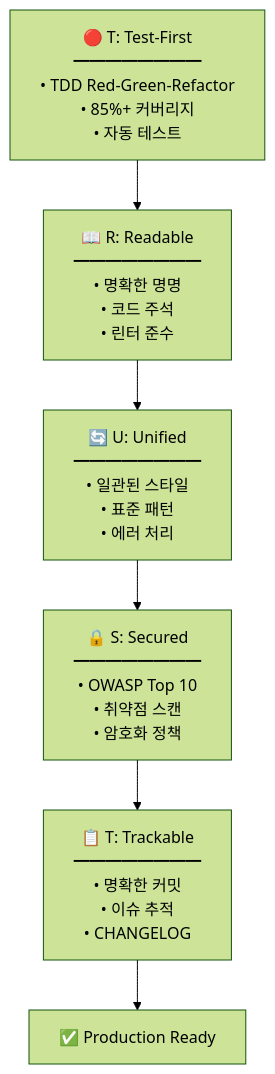
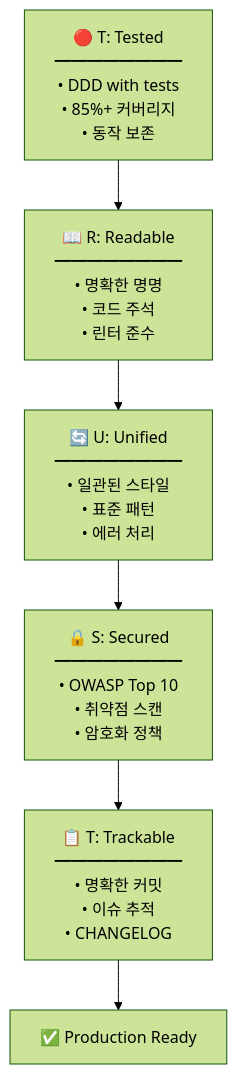
The eighth of 8 diagrams in README.ko.md (modu-ai/moai-adk), drawn with Mermaid (forest theme) before and after one commit. The commit also changed other lines of this file and 125 other files, not shown here.

````diff
--- a/README.ko.md
+++ b/README.ko.md
@@ -1282,10 +1237,10 @@
 ```mermaid
 graph TD
-    T1["🔴 T: Test-First<br/>━━━━━━━━<br/>• TDD Red-Green-Refactor<br/>• 85%+ 커버리지<br/>• 자동 테스트"]
+    T1["🔴 T: Tested<br/>━━━━━━━━<br/>• DDD with tests<br/>• 85%+ 커버리지<br/>• 동작 보존"]
     R["📖 R: Readable<br/>━━━━━━━━<br/>• 명확한 명명<br/>• 코드 주석<br/>• 린터 준수"]
     U["🔄 U: Unified<br/>━━━━━━━━<br/>• 일관된 스타일<br/>• 표준 패턴<br/>• 에러 처리"]
     S["🔒 S: Secured<br/>━━━━━━━━<br/>• OWASP Top 10<br/>• 취약점 스캔<br/>• 암호화 정책"]
     T2["📋 T: Trackable<br/>━━━━━━━━<br/>• 명확한 커밋<br/>• 이슈 추적<br/>• CHANGELOG"]
 
     T1 --> R --> U --> S --> T2 --> Deploy["✅ Production Ready"]
 ```
````
